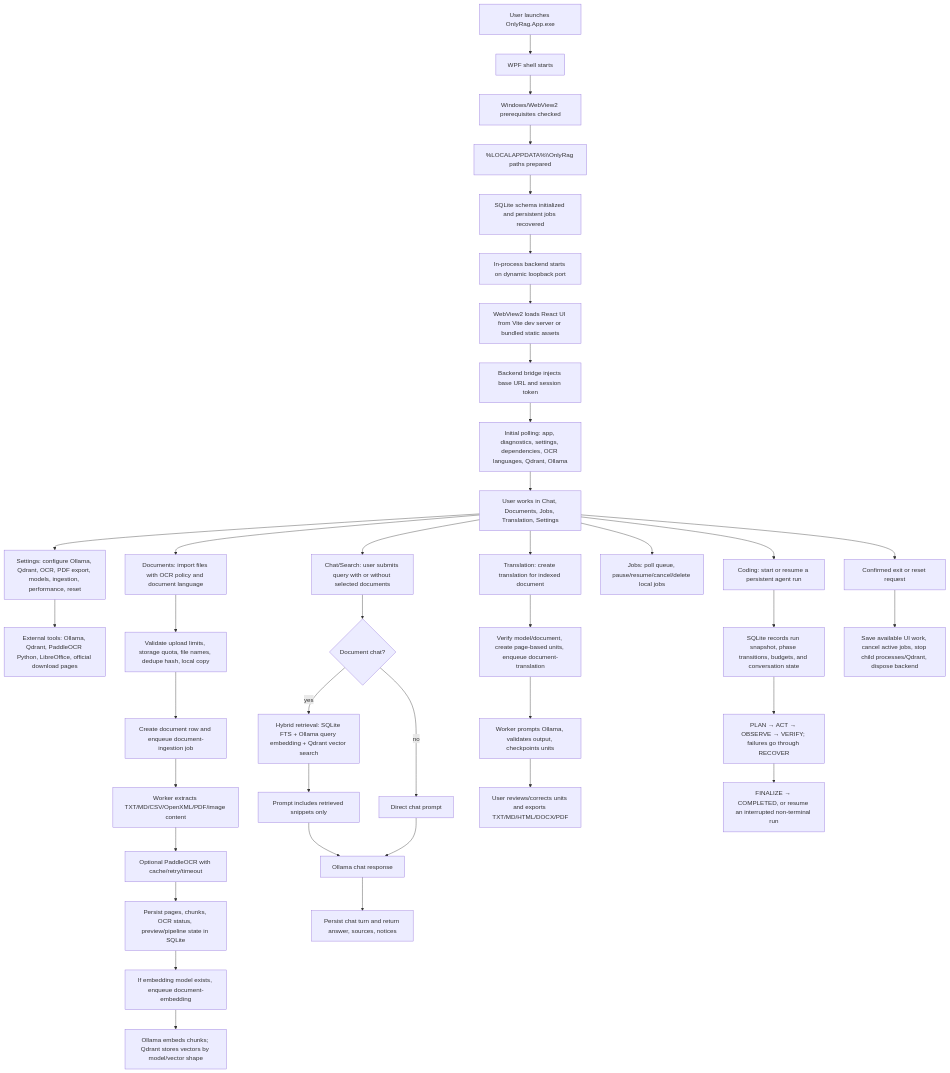
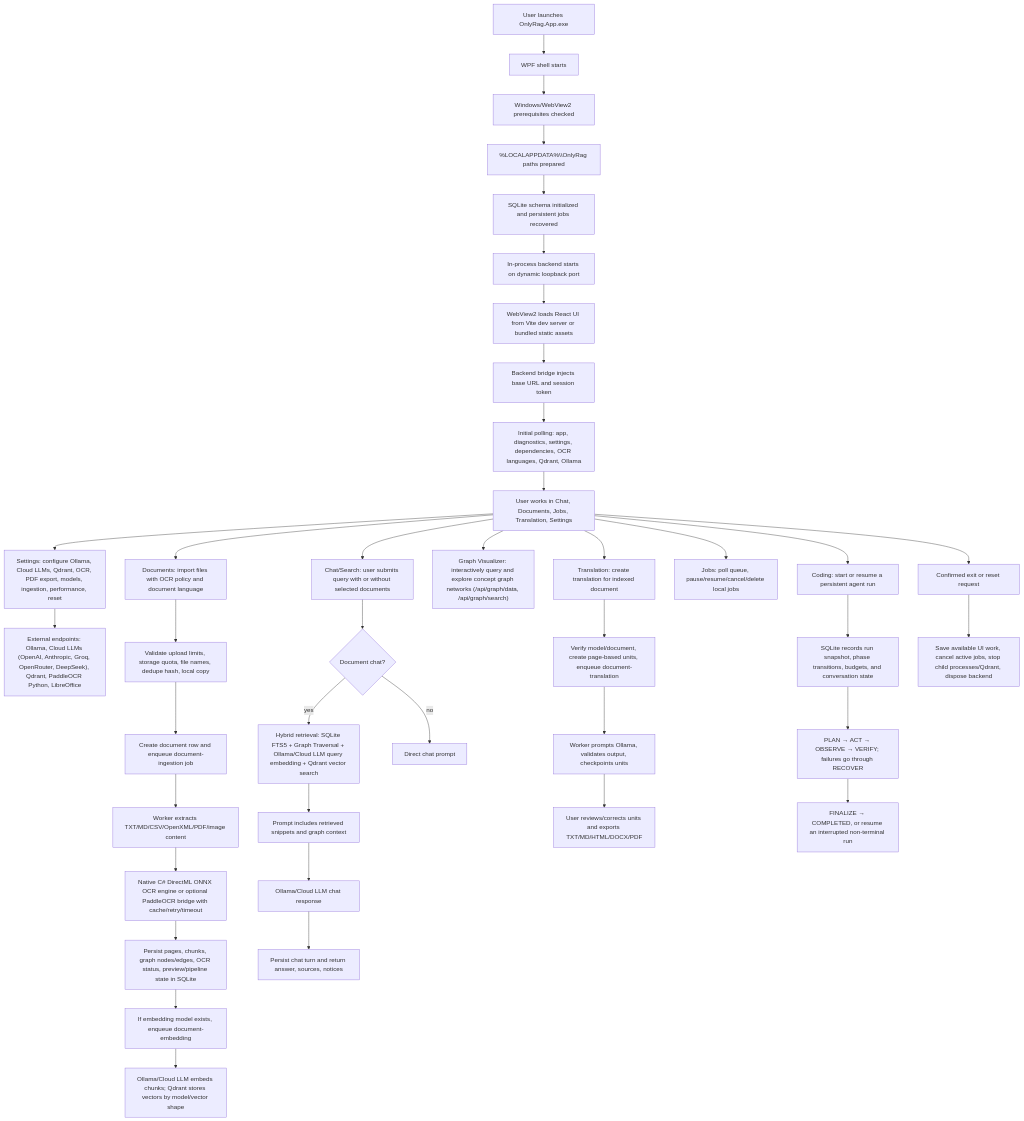
One commit to dennidalpos/OnlyRag changed the diagram in docs/APP_FLOW.md. Above: the diagram before and after it, drawn with Mermaid. The commit also changed 35 other files, not shown here.

````diff
--- a/docs/APP_FLOW.md
+++ b/docs/APP_FLOW.md
@@ -6,46 +6,47 @@
 ```mermaid
 flowchart TD
     A["User launches OnlyRag.App.exe"] --> B["WPF shell starts"]
     B --> C["Windows/WebView2 prerequisites checked"]
     C --> D["%LOCALAPPDATA%\\OnlyRag paths prepared"]
     D --> E["SQLite schema initialized and persistent jobs recovered"]
     E --> F["In-process backend starts on dynamic loopback port"]
     F --> G["WebView2 loads React UI from Vite dev server or bundled static assets"]
     G --> H["Backend bridge injects base URL and session token"]
     H --> I["Initial polling: app, diagnostics, settings, dependencies, OCR languages, Qdrant, Ollama"]
     I --> J["User works in Chat, Documents, Jobs, Translation, Settings"]
 
-    J --> K["Settings: configure Ollama, Qdrant, OCR, PDF export, models, ingestion, performance, reset"]
-    K --> L["External tools: Ollama, Qdrant, PaddleOCR Python, LibreOffice, official download pages"]
+    J --> K["Settings: configure Ollama, Cloud LLMs, Qdrant, OCR, PDF export, models, ingestion, performance, reset"]
+    K --> L["External endpoints: Ollama, Cloud LLMs (OpenAI, Anthropic, Groq, OpenRouter, DeepSeek), Qdrant, PaddleOCR Python, LibreOffice"]
 
     J --> M["Documents: import files with OCR policy and document language"]
     M --> N["Validate upload limits, storage quota, file names, dedupe hash, local copy"]
     N --> O["Create document row and enqueue document-ingestion job"]
     O --> P["Worker extracts TXT/MD/CSV/OpenXML/PDF/image content"]
-    P --> Q["Optional PaddleOCR with cache/retry/timeout"]
-    Q --> R["Persist pages, chunks, OCR status, preview/pipeline state in SQLite"]
+    P --> Q["Native C# DirectML ONNX OCR engine or optional PaddleOCR bridge with cache/retry/timeout"]
+    Q --> R["Persist pages, chunks, graph nodes/edges, OCR status, preview/pipeline state in SQLite"]
     R --> S["If embedding model exists, enqueue document-embedding"]
-    S --> T["Ollama embeds chunks; Qdrant stores vectors by model/vector shape"]
+    S --> T["Ollama/Cloud LLM embeds chunks; Qdrant stores vectors by model/vector shape"]
 
     J --> U["Chat/Search: user submits query with or without selected documents"]
     U --> V{"Document chat?"}
-    V -->|yes| W["Hybrid retrieval: SQLite FTS + Ollama query embedding + Qdrant vector search"]
-    W --> X["Prompt includes retrieved snippets only"]
+    V -->|yes| W["Hybrid retrieval: SQLite FTS5 + Graph Traversal + Ollama/Cloud LLM query embedding + Qdrant vector search"]
+    W --> X["Prompt includes retrieved snippets and graph context"]
     V -->|no| Y["Direct chat prompt"]
-    X --> Z["Ollama chat response"]
-    Y --> Z
+    X --> Z["Ollama/Cloud LLM chat response"]
     Z --> AA["Persist chat turn and return answer, sources, notices"]
+
+    J --> GV["Graph Visualizer: interactively query and explore concept graph networks (/api/graph/data, /api/graph/search)"]
 
     J --> AB["Translation: create translation for indexed document"]
     AB --> AC["Verify model/document, create page-based units, enqueue document-translation"]
     AC --> AD["Worker prompts Ollama, validates output, checkpoints units"]
     AD --> AE["User reviews/corrects units and exports TXT/MD/HTML/DOCX/PDF"]
 
     J --> AF["Jobs: poll queue, pause/resume/cancel/delete local jobs"]
     J --> AI["Coding: start or resume a persistent agent run"]
     AI --> AJ["SQLite records run snapshot, phase transitions, budgets, and conversation state"]
     AJ --> AK["PLAN → ACT → OBSERVE → VERIFY; failures go through RECOVER"]
     AK --> AL["FINALIZE → COMPLETED, or resume an interrupted non-terminal run"]
     J --> AG["Confirmed exit or reset request"]
     AG --> AH["Save available UI work, cancel active jobs, stop child processes/Qdrant, dispose backend"]
 ```
````
